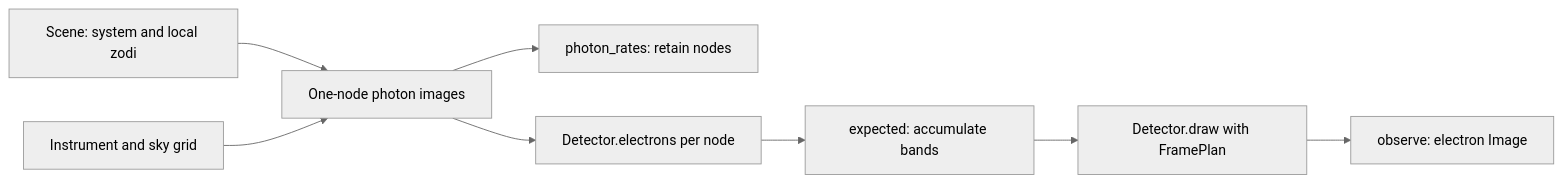
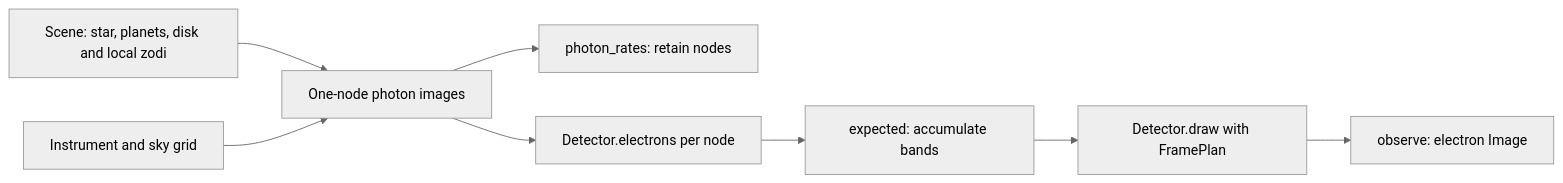
The diagram in docs/explanation/architecture.md (CoreySpohn/coronagraphoto), drawn with Mermaid (neutral theme) before and after one commit. The commit also changed other lines of this file and 15 other files, not shown here.

Commit message:
refactor!: read the merged skyscapes Scene directly instead of scene.system

````diff
--- a/docs/explanation/architecture.md
+++ b/docs/explanation/architecture.md
@@ -34,10 +34,10 @@
 ```mermaid
 flowchart LR
-    scene[Scene: system and local zodi] --> node[One-node photon images]
+    scene[Scene: star, planets, disk and local zodi] --> node[One-node photon images]
     optics[Instrument and sky grid] --> node
     node --> photons[photon_rates: retain nodes]
     node --> yield[Detector.electrons per node]
     yield --> bands[expected: accumulate bands]
     bands --> draw[Detector.draw with FramePlan]
     draw --> image[observe: electron Image]
 ```
````
